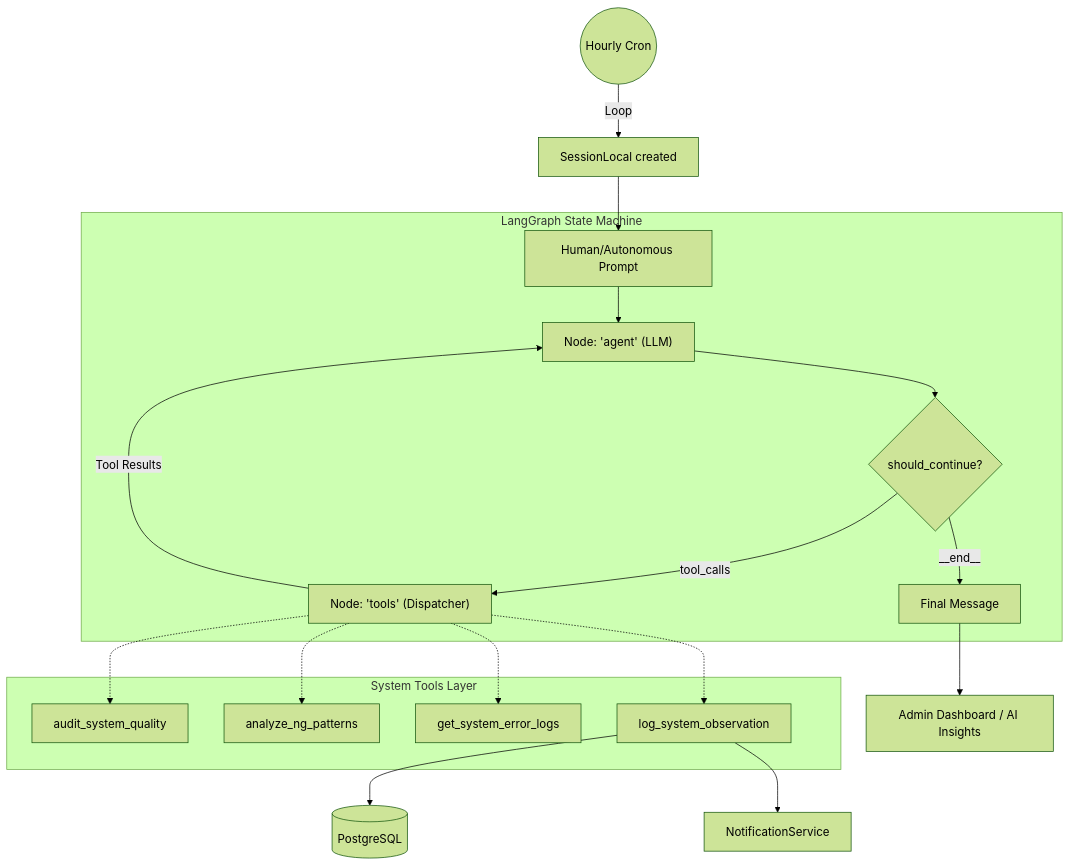
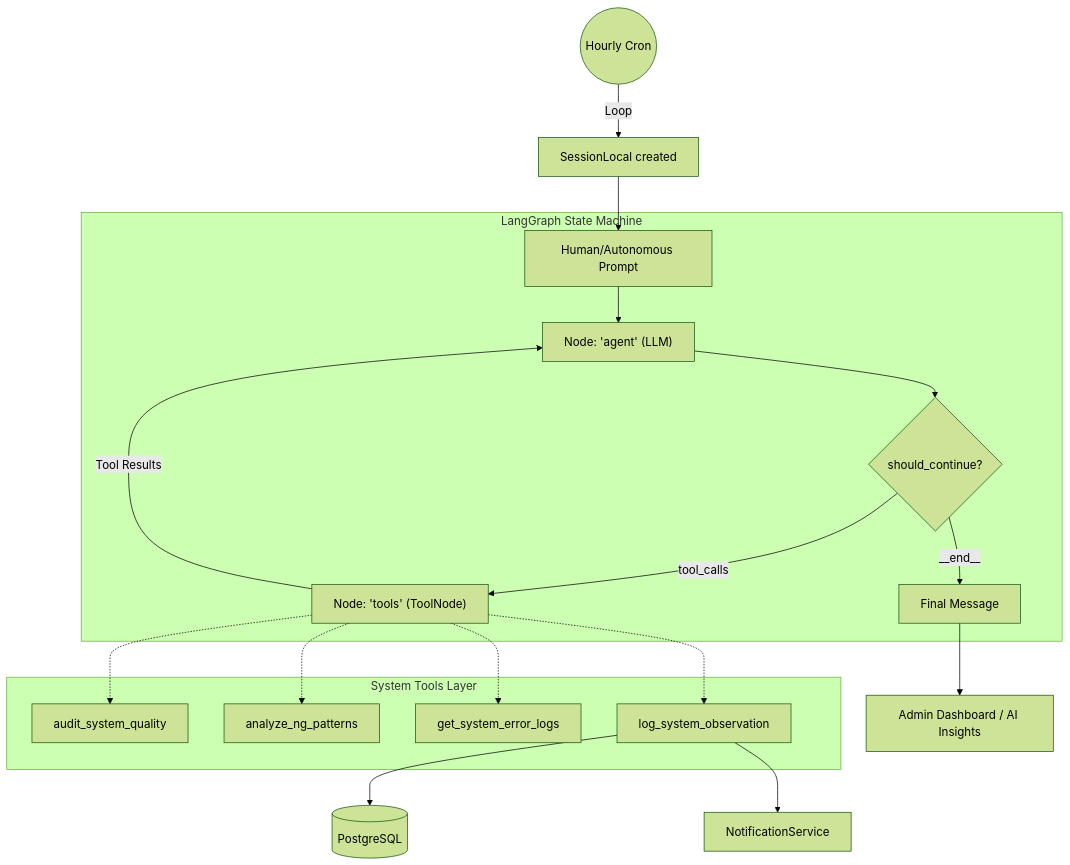
One commit to Asharzamir67/version1 changed the diagram in fastapi-backend/agentic_workflow.md. Above: the diagram before and after it, drawn with Mermaid (forest theme). The commit also changed other lines of this file and 7 other files, not shown here.

````diff
--- a/fastapi-backend/agentic_workflow.md
+++ b/fastapi-backend/agentic_workflow.md
@@ -9,30 +9,30 @@
 ```mermaid
 graph TD
     %% Global Lifecycle
     Start((Hourly Cron)) -->|Loop| Session[SessionLocal created]
     Session --> Input[Human/Autonomous Prompt]
     
     %% The LangGraph Agent
     subgraph StateGraph [LangGraph State Machine]
         Input --> AgentNode["Node: 'agent' (LLM)"]
         AgentNode --> Condition{should_continue?}
         
-        Condition -->|tool_calls| ToolsNode["Node: 'tools' (Dispatcher)"]
+        Condition -->|tool_calls| ToolsNode["Node: 'tools' (ToolNode)"]
         Condition -->|__end__| Output[Final Message]
         
         ToolsNode -->|Tool Results| AgentNode
     end
 
     %% Tools Layer
     subgraph ExternalTools [System Tools Layer]
         ToolsNode -.-> T1[audit_system_quality]
         ToolsNode -.-> T2[analyze_ng_patterns]
         ToolsNode -.-> T3[get_system_error_logs]
         ToolsNode -.-> T4[log_system_observation]
     end
 
     %% Persistence & UX
     Output --> UI[Admin Dashboard / AI Insights]
     T4 --> DB[(PostgreSQL)]
     T4 --> Notify[NotificationService]
 ```
````
